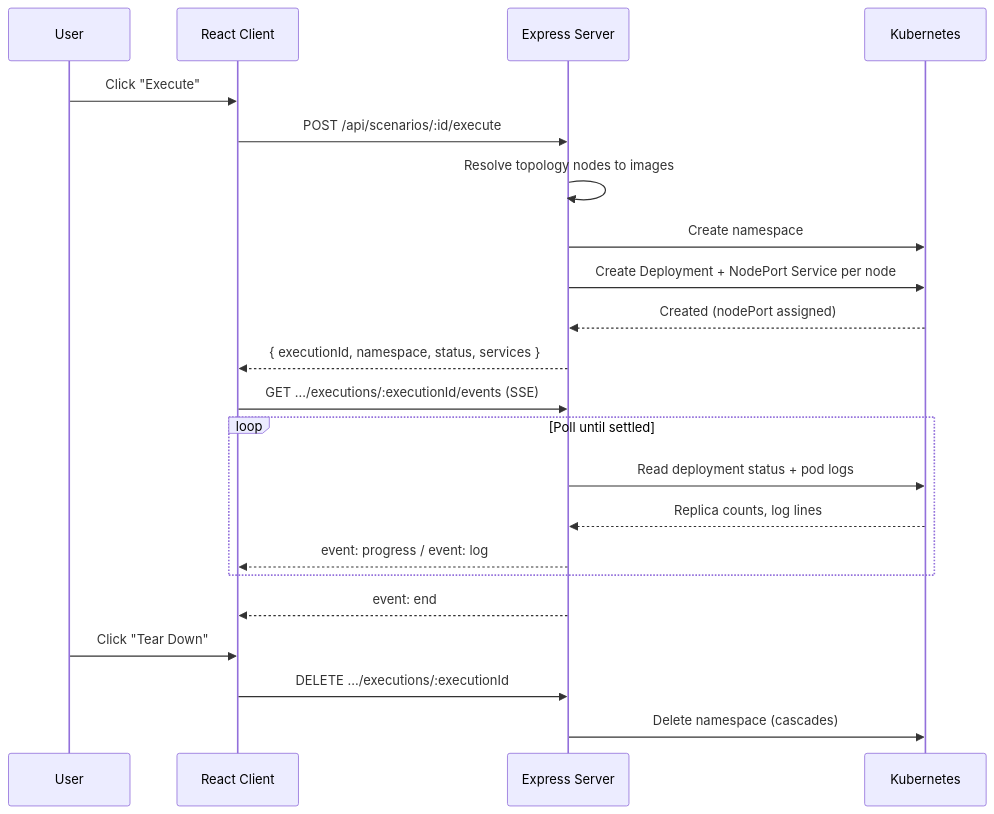
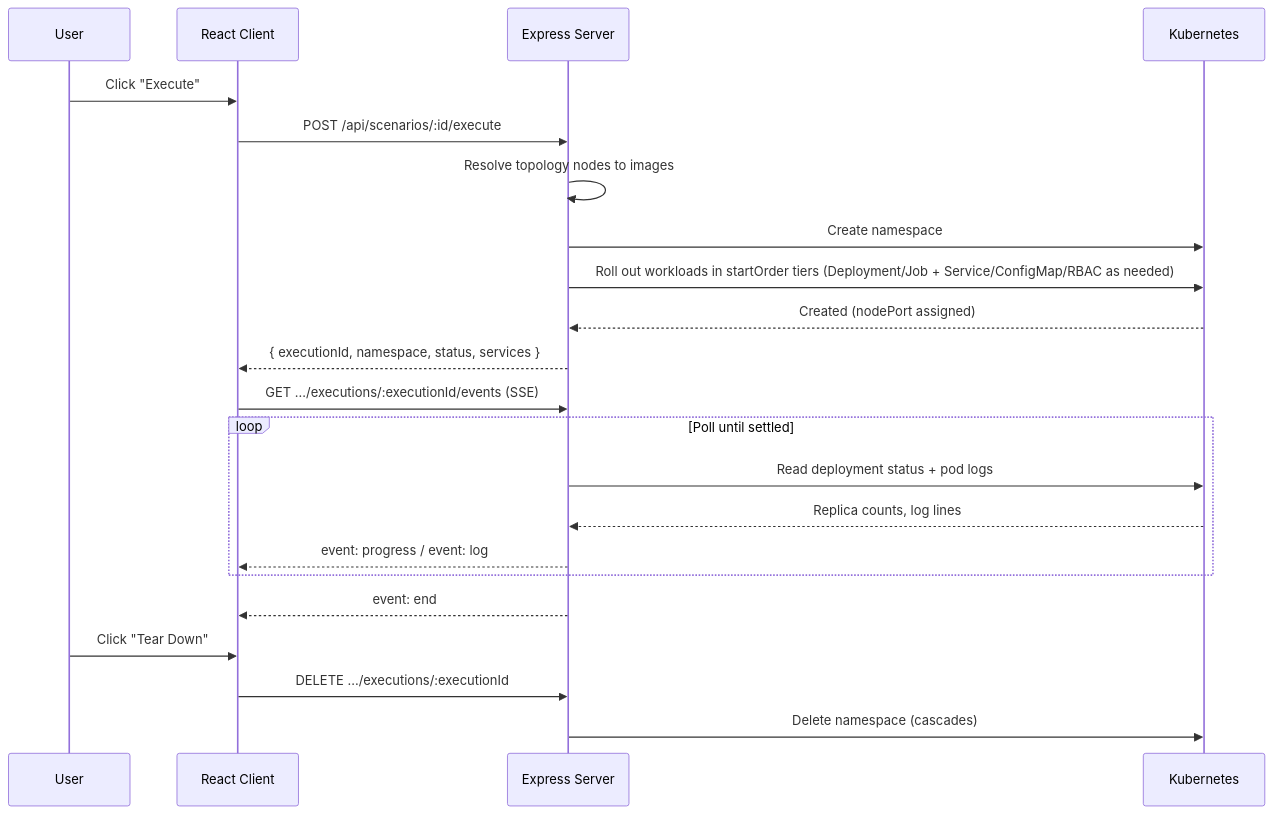
The diagram in docs/integration/kubernetes-execution.md (montimage-projects/mi-digitaltwin-management-service), drawn with Mermaid before and after one commit. The commit also changed other lines of this file and 1 other file, not shown here.

````diff
--- a/docs/integration/kubernetes-execution.md
+++ b/docs/integration/kubernetes-execution.md
@@ -25,27 +25,27 @@
 ```mermaid
 sequenceDiagram
   participant U as User
   participant C as React Client
   participant S as Express Server
   participant K as Kubernetes
 
   U->>C: Click "Execute"
   C->>S: POST /api/scenarios/:id/execute
   S->>S: Resolve topology nodes to images
   S->>K: Create namespace
-  S->>K: Create Deployment + NodePort Service per node
+  S->>K: Roll out workloads in startOrder tiers (Deployment/Job + Service/ConfigMap/RBAC as needed)
   K-->>S: Created (nodePort assigned)
   S-->>C: { executionId, namespace, status, services }
 
   C->>S: GET .../executions/:executionId/events (SSE)
   loop Poll until settled
     S->>K: Read deployment status + pod logs
     K-->>S: Replica counts, log lines
     S-->>C: event: progress / event: log
   end
   S-->>C: event: end
 
   U->>C: Click "Tear Down"
   C->>S: DELETE .../executions/:executionId
   S->>K: Delete namespace (cascades)
 ```
````
